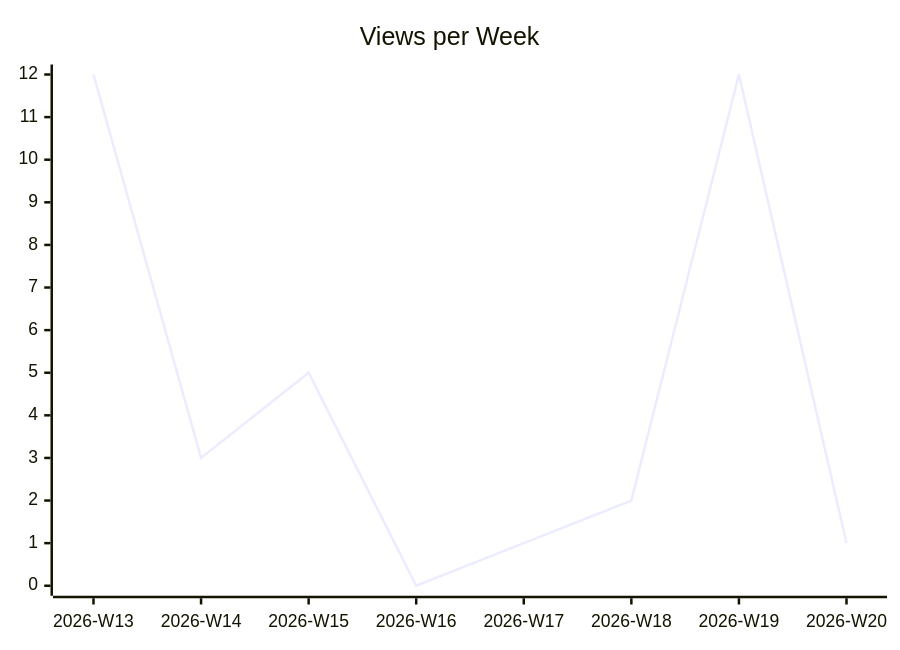
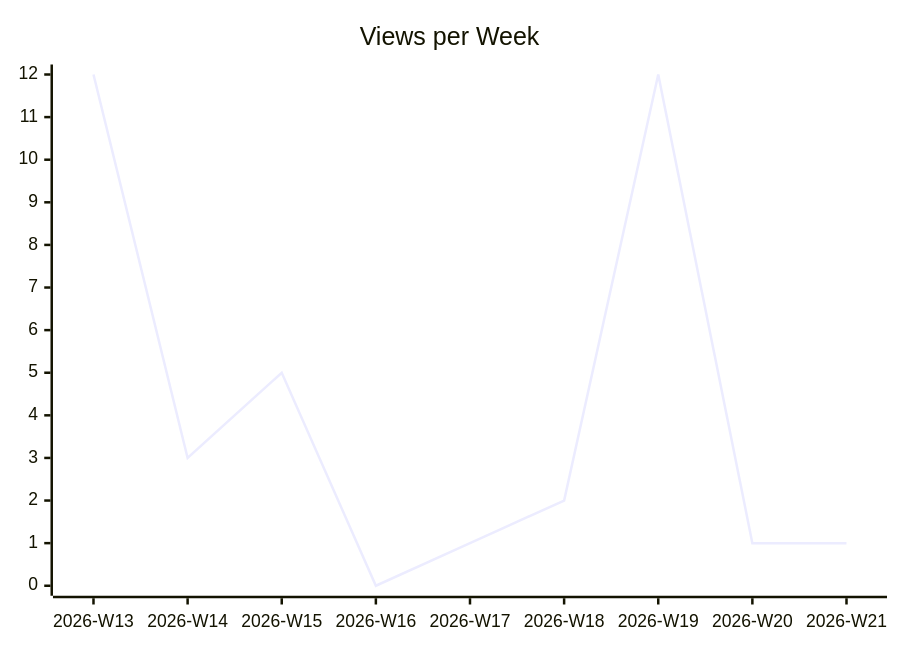
Before and after one commit to justdavis-family/github-analytics-data: the second of 3 diagrams in karlmdavis/xmlpull/README.md, drawn with Mermaid. The commit also changed other lines of this file and 189 other files, not shown here.

````diff
--- a/karlmdavis/xmlpull/README.md
+++ b/karlmdavis/xmlpull/README.md
@@ -12,6 +12,6 @@
 ```mermaid
 xychart-beta
   title "Views per Week"
-  x-axis ["2026-W13", "2026-W14", "2026-W15", "2026-W16", "2026-W17", "2026-W18", "2026-W19", "2026-W20"]
-  line [12, 3, 5, 0, 1, 2, 12, 1]
+  x-axis ["2026-W13", "2026-W14", "2026-W15", "2026-W16", "2026-W17", "2026-W18", "2026-W19", "2026-W20", "2026-W21"]
+  line [12, 3, 5, 0, 1, 2, 12, 1, 1]
 ```
````
